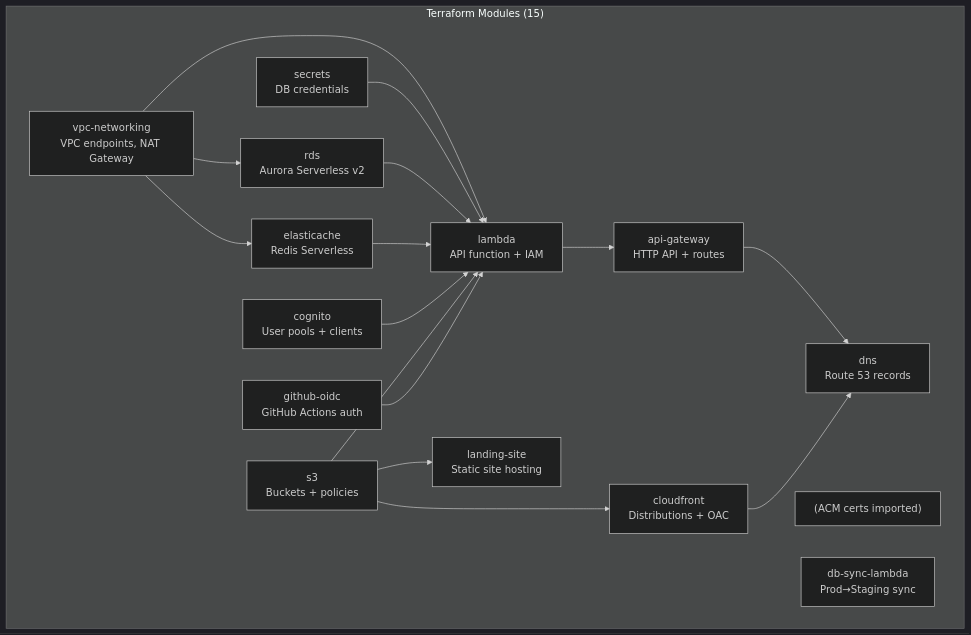
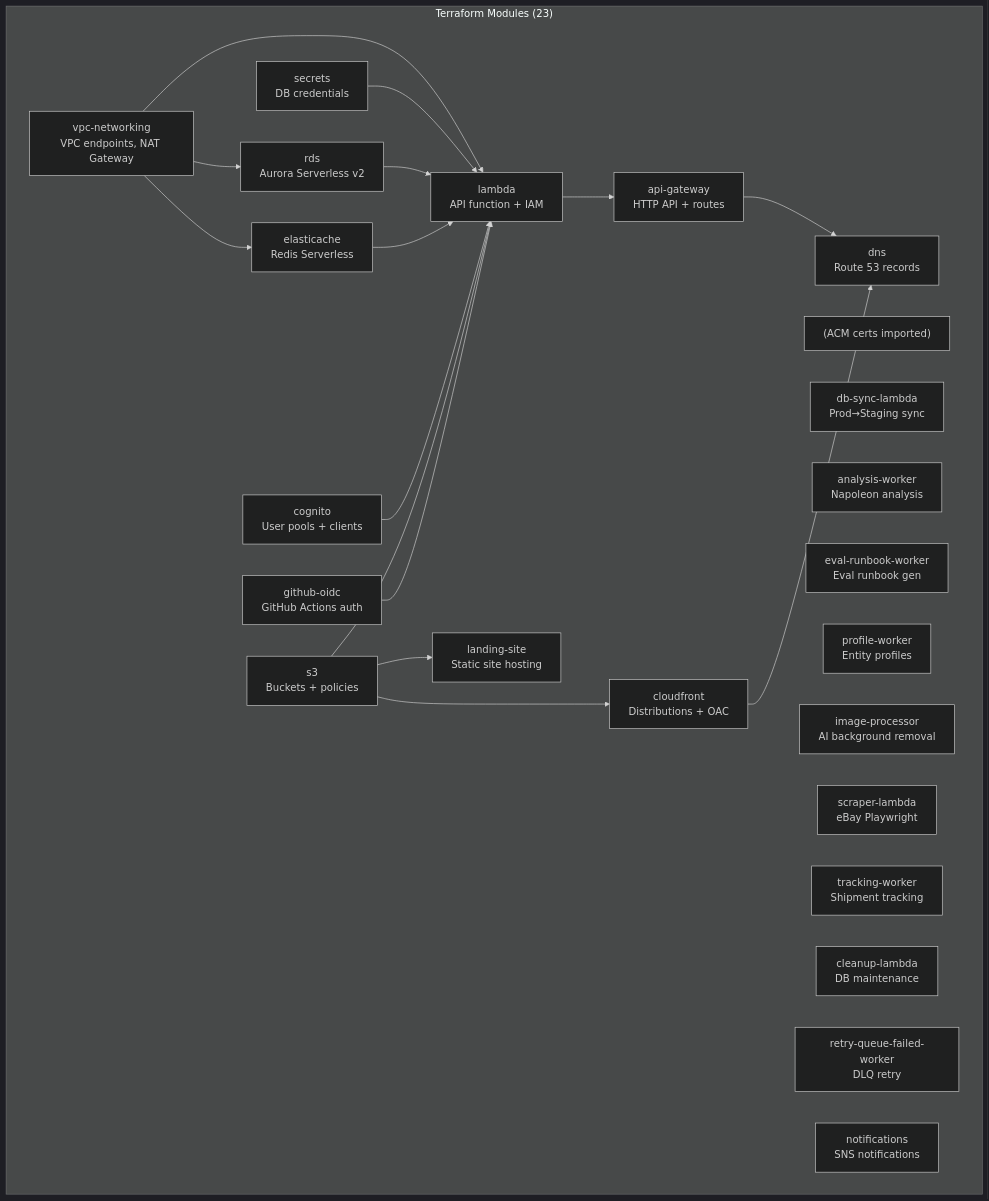
One commit to markthebest12/bluemoxon changed the first of 10 diagrams in docs/ARCHITECTURE.md. Above: the diagram before and after it, drawn with Mermaid (dark theme). The commit also changed other lines of this file and 10 other files, not shown here.

````diff
--- a/docs/ARCHITECTURE.md
+++ b/docs/ARCHITECTURE.md
@@ -82,38 +82,47 @@
 ```mermaid
 flowchart TD
-    subgraph Modules["Terraform Modules (15)"]
+    subgraph Modules["Terraform Modules (23)"]
         VPC["vpc-networking<br/>VPC endpoints, NAT Gateway"]
         DNS["dns<br/>Route 53 records"]
         ACM["(ACM certs imported)"]
 
         S3["s3<br/>Buckets + policies"]
         CF["cloudfront<br/>Distributions + OAC"]
         Landing["landing-site<br/>Static site hosting"]
 
         Cognito["cognito<br/>User pools + clients"]
         Secrets["secrets<br/>DB credentials"]
         RDS["rds<br/>Aurora Serverless v2"]
         Redis["elasticache<br/>Redis Serverless"]
 
         Lambda["lambda<br/>API function + IAM"]
         APIGW["api-gateway<br/>HTTP API + routes"]
         DBSync["db-sync-lambda<br/>Prod→Staging sync"]
+        AnalysisW["analysis-worker<br/>Napoleon analysis"]
+        EvalW["eval-runbook-worker<br/>Eval runbook gen"]
+        ProfileW["profile-worker<br/>Entity profiles"]
+        ImageProc["image-processor<br/>AI background removal"]
+        ScraperL["scraper-lambda<br/>eBay Playwright"]
+        TrackingW["tracking-worker<br/>Shipment tracking"]
+        CleanupL["cleanup-lambda<br/>DB maintenance"]
+        RetryQ["retry-queue-failed-worker<br/>DLQ retry"]
+        Notif["notifications<br/>SNS notifications"]
 
         OIDC["github-oidc<br/>GitHub Actions auth"]
     end
 
     VPC --> RDS
     VPC --> Redis
     VPC --> Lambda
     Secrets --> Lambda
     RDS --> Lambda
     Redis --> Lambda
     Cognito --> Lambda
     S3 --> Lambda
     S3 --> CF
     S3 --> Landing
     Lambda --> APIGW
     APIGW --> DNS
     CF --> DNS
     OIDC --> Lambda
 ```
````
